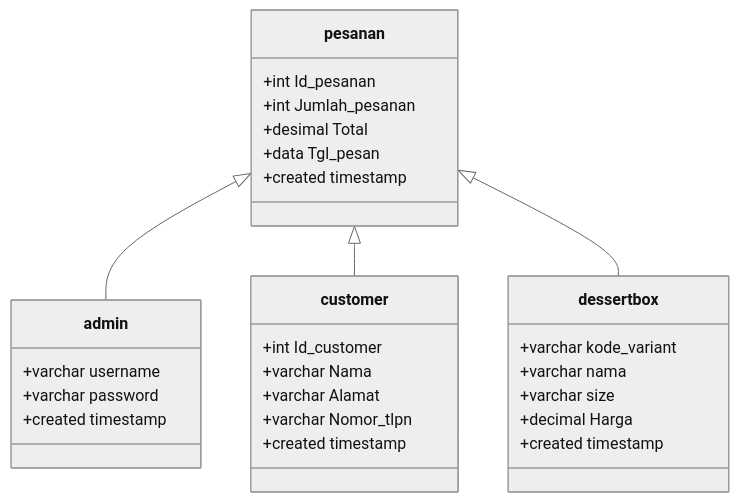
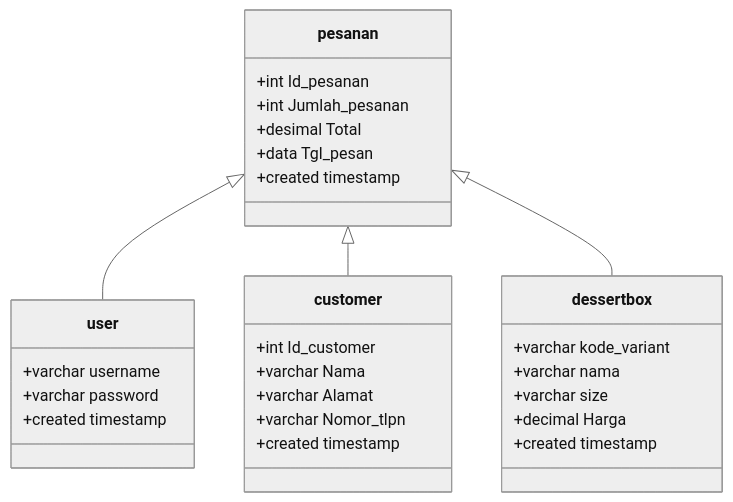
One commit to finkamarisa03/FinalProject-PBO changed the first of 2 diagrams in README.md. Above: the diagram before and after it, drawn with Mermaid (neutral theme).

````diff
--- a/README.md
+++ b/README.md
@@ -11,38 +11,38 @@
 ```mermaid
 classDiagram
-	pesanan <|-- admin
+	pesanan <|-- user
 	pesanan <|-- customer
 	pesanan <|-- dessertbox
     
     class pesanan{
       +int Id_pesanan
 	  +int Jumlah_pesanan
 	  +desimal Total
       +data Tgl_pesan
       +created timestamp
       
     }
     
-    class admin{
+    class user{
       +varchar username
       +varchar password
       +created timestamp
     }
 	
 	class customer{
       +int Id_customer
 	  +varchar Nama
 	  +varchar Alamat
       +varchar Nomor_tlpn
       +created timestamp
       
     }
     
     class dessertbox{
       +varchar kode_variant
       +varchar nama
 	  +varchar size
 	  +decimal Harga
       +created timestamp
     }
 ```
````
